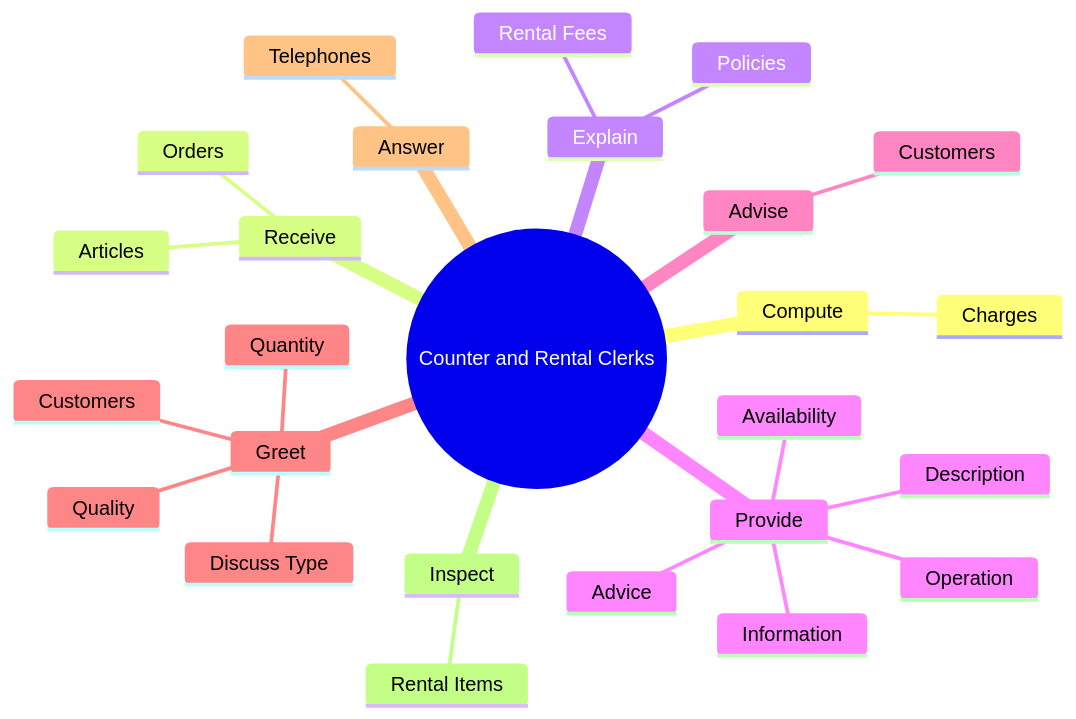
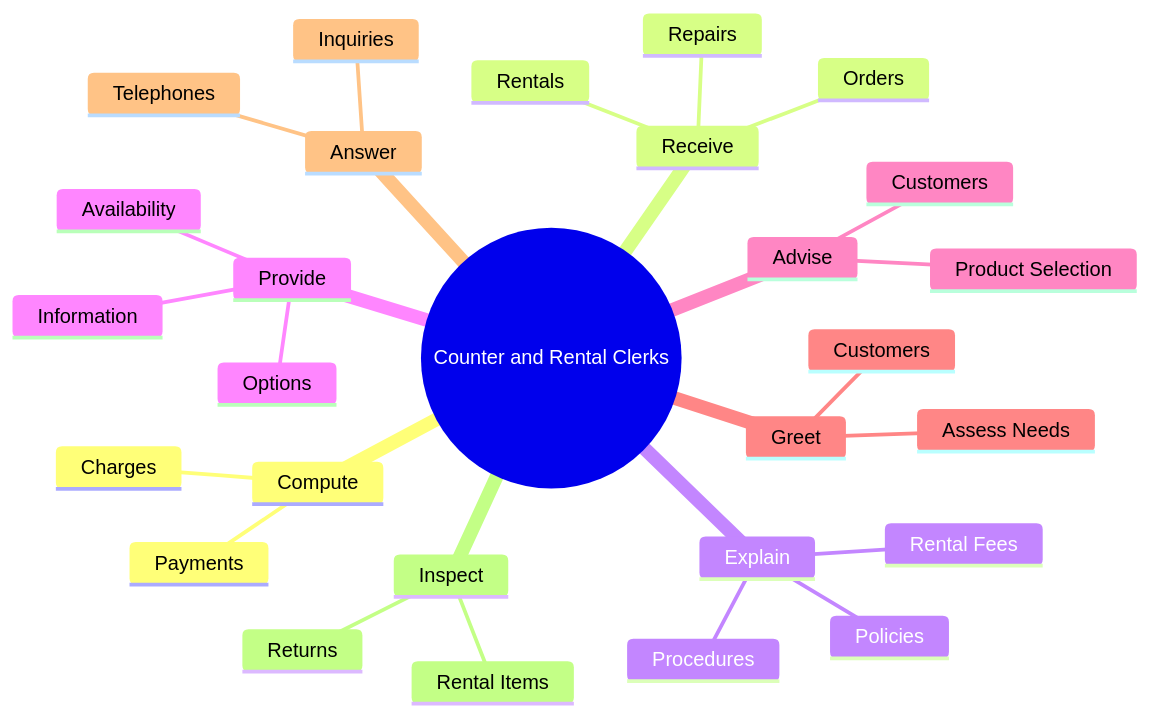
The second of 4 diagrams in occupations/Sales/CounterAndRentalClerks.mdx (kziemski/business.org.ai), drawn with Mermaid before and after one commit. The commit also changed other lines of this file and 938 other files, not shown here.

````diff
--- a/occupations/Sales/CounterAndRentalClerks.mdx
+++ b/occupations/Sales/CounterAndRentalClerks.mdx
@@ -37,29 +45,31 @@
 ```mermaid
 mindmap
     root(("Counter and Rental Clerks"))
         Compute
             Charges
+            Payments
         Receive
             Orders
-            Articles
+            Repairs
+            Rentals
         Explain
             Rental Fees
             Policies
+            Procedures
         Provide
             Information
             Availability
-            Operation
-            Description
-            Advice
+            Options
         Advise
             Customers
+            Product Selection
         Greet
             Customers
-            Discuss Type
-            Quality
-            Quantity
+            Assess Needs
         Answer
             Telephones
+            Inquiries
         Inspect
             Rental Items
+            Returns
 ```
````
